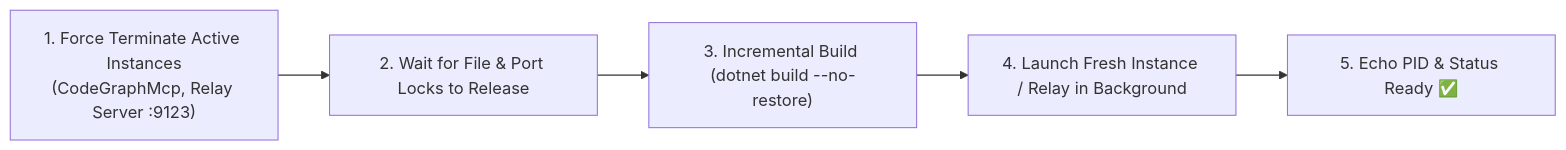
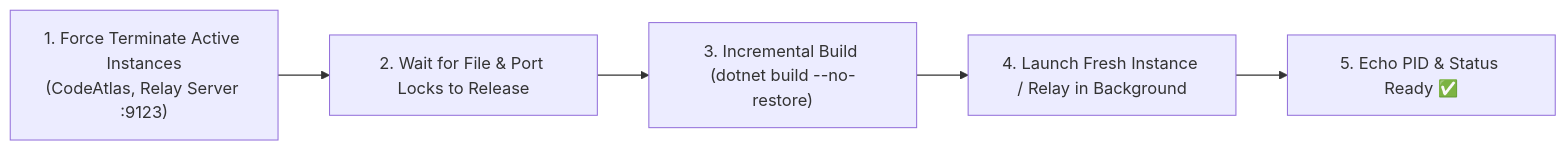
One commit to ScriptedFluff/CodeAtlas changed the diagram in plan/dev-restart-inner-loop.md. Above: the diagram before and after it, drawn with Mermaid. The commit also changed other lines of this file and 322 other files, not shown here.

````diff
--- a/plan/dev-restart-inner-loop.md
+++ b/plan/dev-restart-inner-loop.md
@@ -13,7 +13,7 @@
 ```mermaid
 flowchart LR
-    Kill["1. Force Terminate Active Instances<br>(CodeGraphMcp, Relay Server :9123)"] --> Wait["2. Wait for File & Port Locks to Release"]
+    Kill["1. Force Terminate Active Instances<br>(CodeAtlas, Relay Server :9123)"] --> Wait["2. Wait for File & Port Locks to Release"]
     Wait --> Build["3. Incremental Build (dotnet build --no-restore)"]
     Build --> Launch["4. Launch Fresh Instance / Relay in Background"]
     Launch --> Status["5. Echo PID & Status Ready ✅"]
 ```
````
